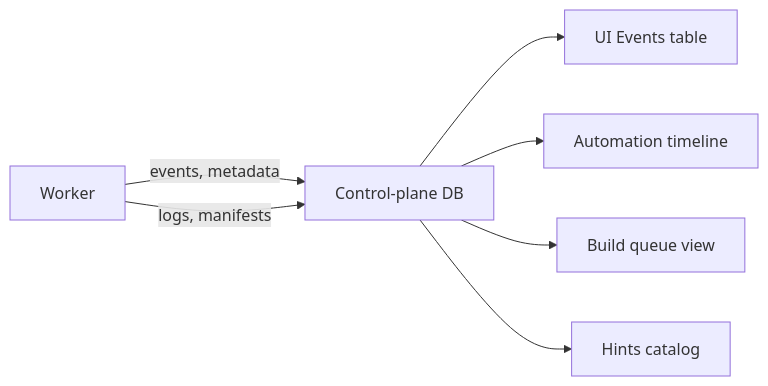
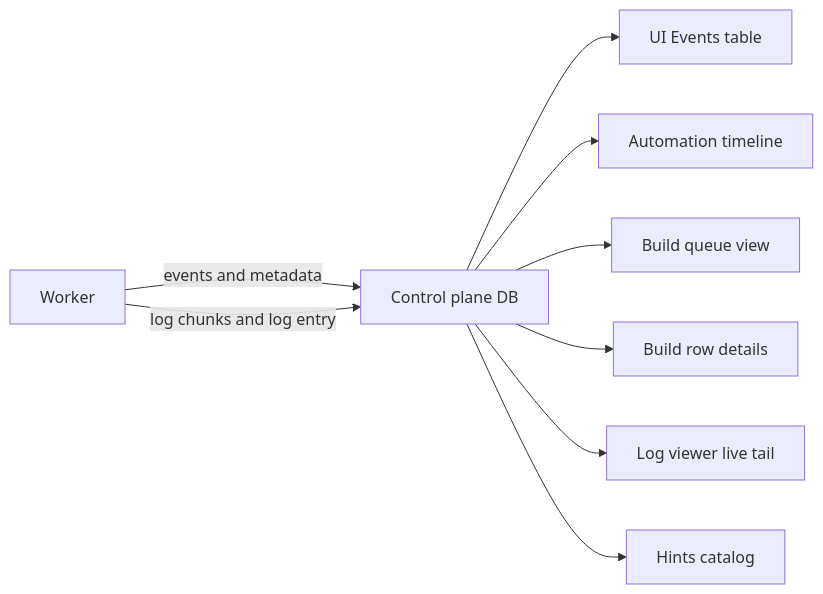
One commit to k8ika0s/s390x-wheel-refinery changed the diagram in docs/diagrams/automation-ux-visibility.mmd. Above: the diagram before and after it, drawn with Mermaid. The commit also changed 4 other files, not shown here.

Commit message:
Docs: expand automation system and update diagrams

```diff
--- a/docs/diagrams/automation-ux-visibility.mmd
+++ b/docs/diagrams/automation-ux-visibility.mmd
@@ -1,7 +1,9 @@
 flowchart LR
-  A[Worker] -->|events, metadata| B[Control-plane DB]
-  A -->|logs, manifests| B
+  A[Worker] -->|events and metadata| B[Control plane DB]
+  A -->|log chunks and log entry| B
   B --> C[UI Events table]
   B --> D[Automation timeline]
   B --> E[Build queue view]
-  B --> F[Hints catalog]
+  B --> F[Build row details]
+  B --> G[Log viewer live tail]
+  B --> H[Hints catalog]
```
